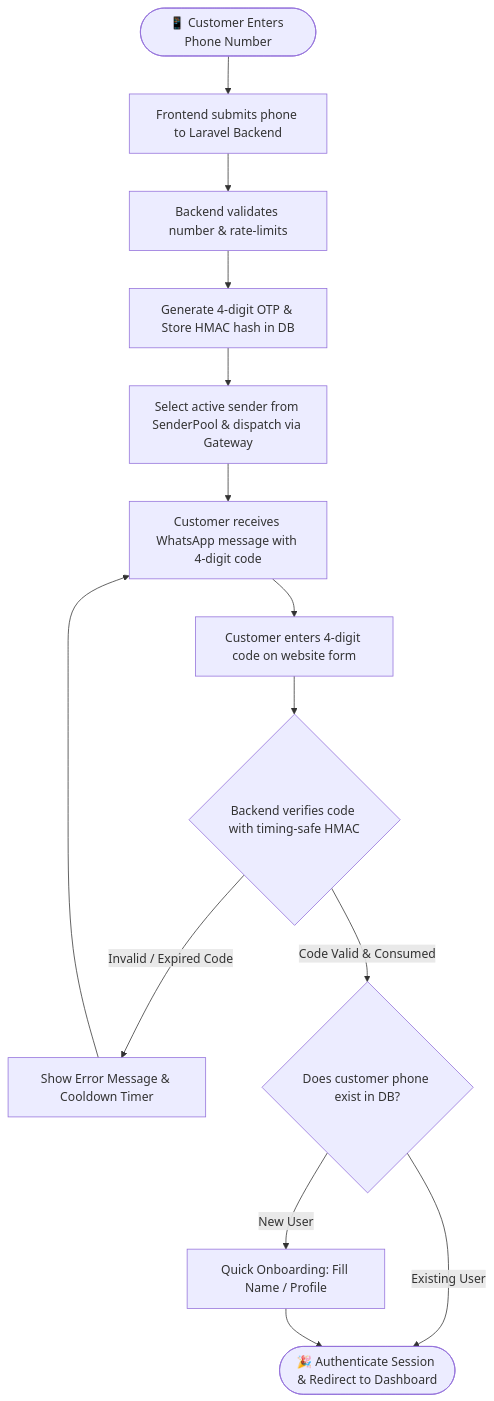
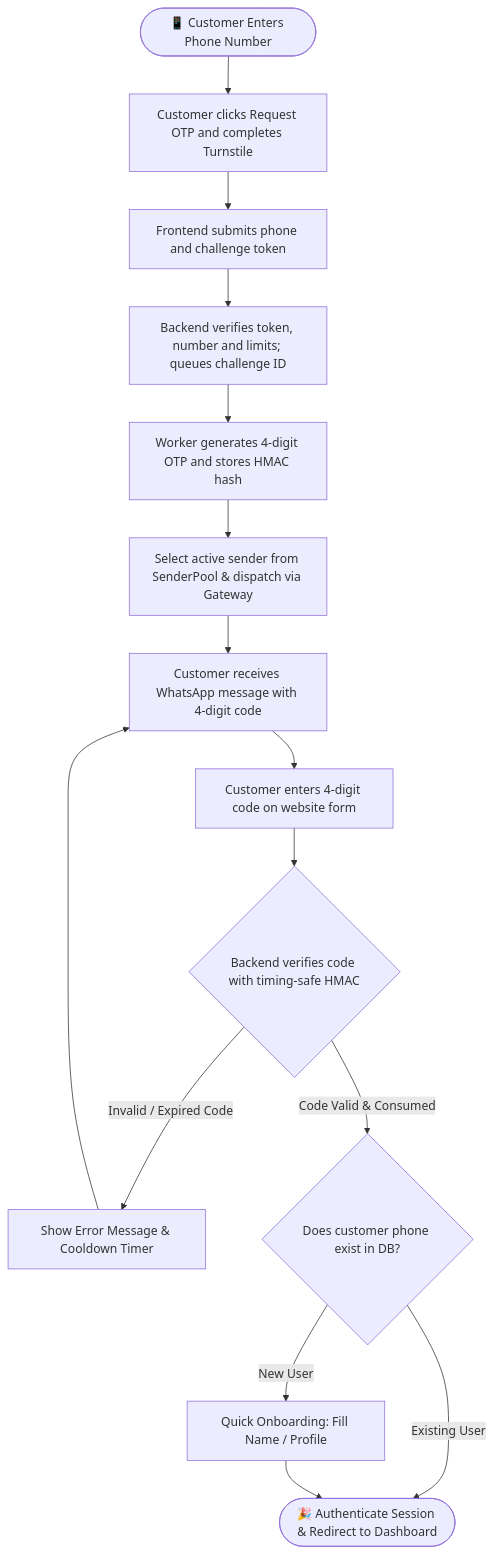
One commit to billi-panca-wijaya/wa-gateway changed the diagram in README.md. Above: the diagram before and after it, drawn with Mermaid. The commit also changed other lines of this file and 20 other files, not shown here.

Commit message:
feat: protect WhatsApp OTP login with Turnstile and queued delivery

````diff
--- a/README.md
+++ b/README.md
@@ -94,18 +96,19 @@
 ```mermaid
 flowchart TD
-    Start([📱 Customer Enters Phone Number]) --> Step1[Frontend submits phone to Laravel Backend]
-    Step1 --> Step2[Backend validates number & rate-limits]
-    Step2 --> Step3[Generate 4-digit OTP & Store HMAC hash in DB]
+    Start([📱 Customer Enters Phone Number]) --> Bot[Customer clicks Request OTP and completes Turnstile]
+    Bot --> Step1[Frontend submits phone and challenge token]
+    Step1 --> Step2[Backend verifies token, number and limits; queues challenge ID]
+    Step2 --> Step3[Worker generates 4-digit OTP and stores HMAC hash]
     Step3 --> Step4[Select active sender from SenderPool & dispatch via Gateway]
     Step4 --> Step5[Customer receives WhatsApp message with 4-digit code]
     Step5 --> Step6[Customer enters 4-digit code on website form]
     Step6 --> Step7{Backend verifies code with timing-safe HMAC}
     
     Step7 -- Invalid / Expired Code --> Error[Show Error Message & Cooldown Timer]
     Error --> Step5
     
     Step7 -- Code Valid & Consumed --> CheckUser{Does customer phone exist in DB?}
     CheckUser -- Existing User --> AuthSuccess([🎉 Authenticate Session & Redirect to Dashboard])
     CheckUser -- New User --> Onboard[Quick Onboarding: Fill Name / Profile]
     Onboard --> AuthSuccess
 ```
````
